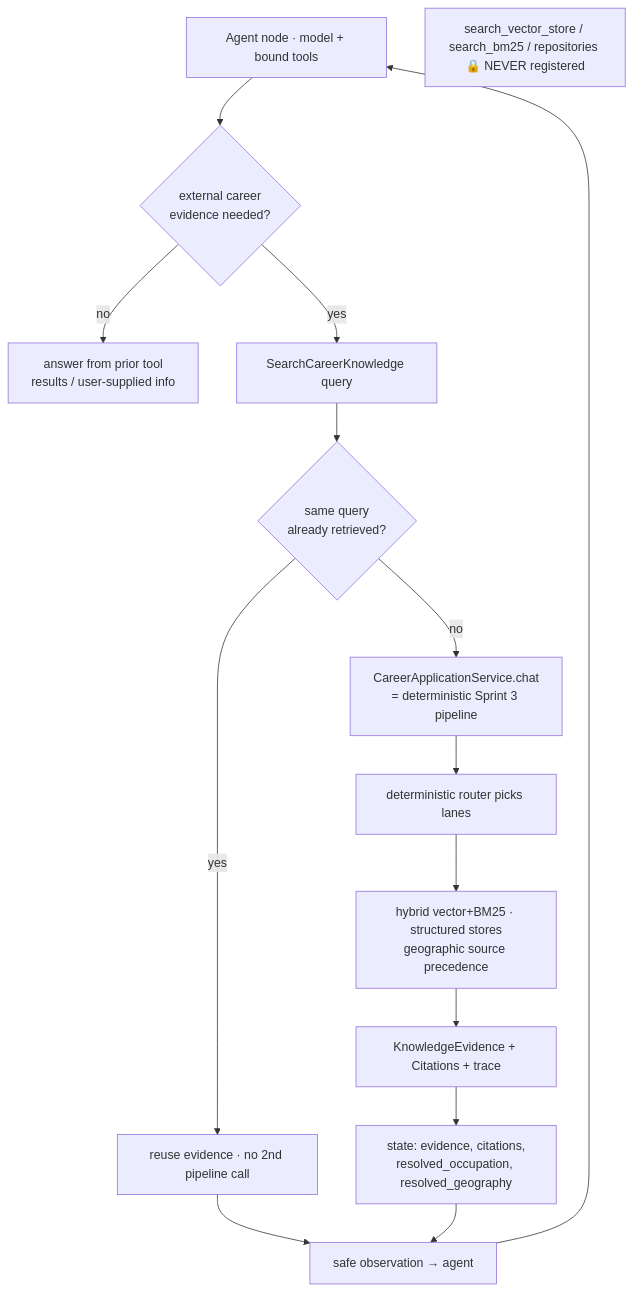
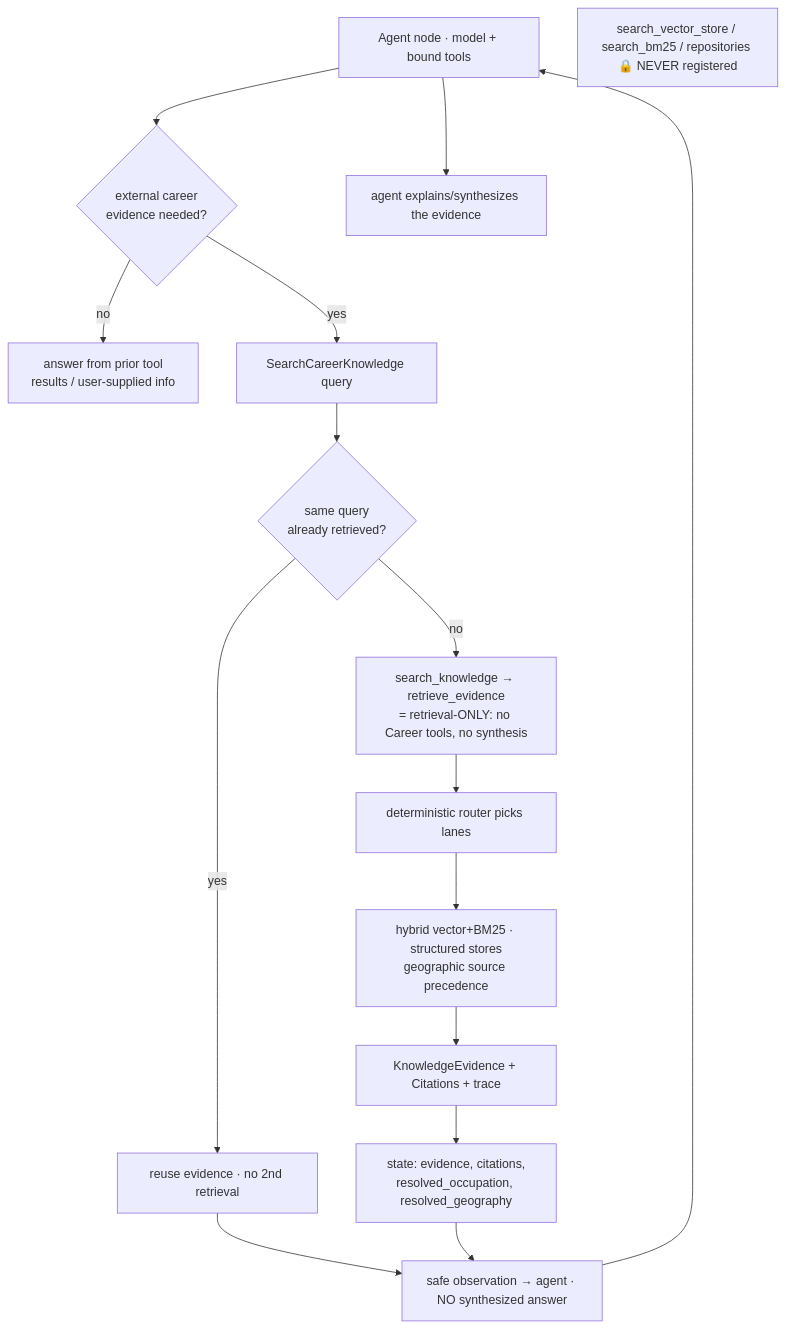
Before and after one commit to moaltamimi-unbiasedtalent/Intelligent-Interview-Coach: the ninth of 9 diagrams in docs/sprint4_architecture.md, drawn with Mermaid. The commit also changed other lines of this file and 2 other files, not shown here.

First line of the commit message:
docs: correct the Phase 6 retrieval-tool boundary

````diff
--- a/docs/sprint4_architecture.md
+++ b/docs/sprint4_architecture.md
@@ -388,16 +412,17 @@
 ```mermaid
 flowchart TD
     AG[Agent node · model + bound tools] --> IF{external career<br/>evidence needed?}
     IF -- no --> ANS[answer from prior tool<br/>results / user-supplied info]
     IF -- yes --> RET[SearchCareerKnowledge query]
     RET --> DEDUP{same query<br/>already retrieved?}
-    DEDUP -- yes --> REUSE[reuse evidence · no 2nd pipeline call]
-    DEDUP -- no --> PIPE[CareerApplicationService.chat<br/>= deterministic Sprint 3 pipeline]
+    DEDUP -- yes --> REUSE[reuse evidence · no 2nd retrieval]
+    DEDUP -- no --> PIPE[search_knowledge → retrieve_evidence<br/>= retrieval-ONLY: no Career tools, no synthesis]
     PIPE --> ROUTER[deterministic router picks lanes]
     ROUTER --> HYB[hybrid vector+BM25 · structured stores<br/>geographic source precedence]
     HYB --> EV[KnowledgeEvidence + Citations + trace]
     EV --> PATCH[state: evidence, citations,<br/>resolved_occupation, resolved_geography]
-    REUSE & PATCH --> OBS[safe observation → agent]
+    REUSE & PATCH --> OBS[safe observation → agent · NO synthesized answer]
     OBS --> AG
+    AG --> SYNTH[agent explains/synthesizes the evidence]
     LOW[search_vector_store / search_bm25 / repositories 🔒 NEVER registered]
 ```
````
